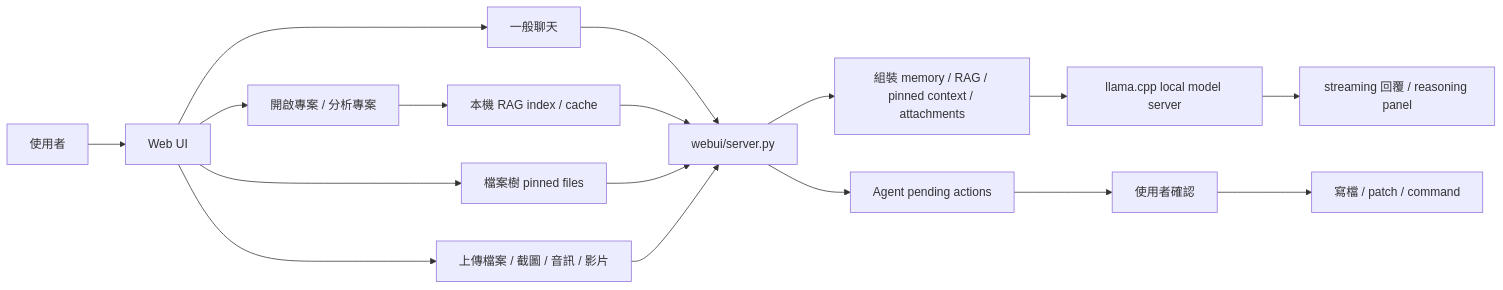
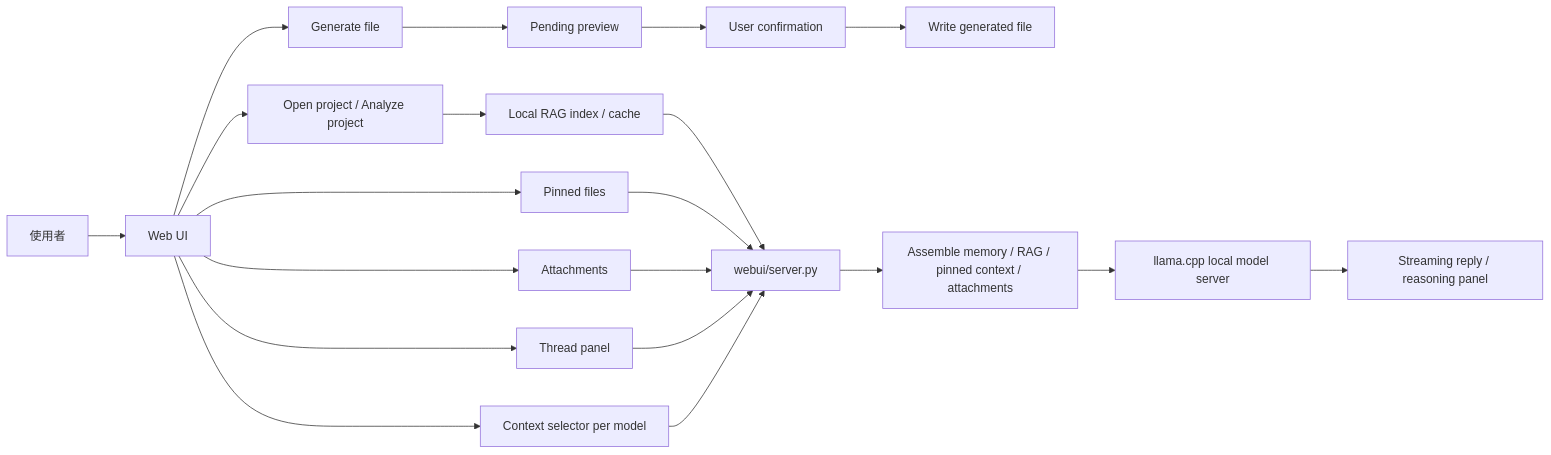
Before and after one commit to Lzxpan/CodeWorker: the diagram in README.md, drawn with Mermaid. The commit also changed other lines of this file and 17 other files, not shown here.

````diff
--- a/README.md
+++ b/README.md
@@ -164,19 +166,22 @@
 ```mermaid
 flowchart LR
     U["使用者"] --> W["Web UI"]
-    W --> G["一般聊天"]
-    W --> O["開啟專案 / 分析專案"]
-    O --> I["本機 RAG index / cache"]
-    W --> P["檔案樹 pinned files"]
-    W --> F["上傳檔案 / 截圖 / 音訊 / 影片"]
-    G --> S["webui/server.py"]
-    I --> S
+    W --> K["Context selector per model"]
+    W --> T["Thread panel"]
+    W --> O["Open project / Analyze project"]
+    O --> I["Local RAG index / cache"]
+    W --> P["Pinned files"]
+    W --> F["Attachments"]
+    W --> G["Generate file"]
+    I --> S["webui/server.py"]
     P --> S
     F --> S
-    S --> C["組裝 memory / RAG / pinned context / attachments"]
+    T --> S
+    K --> S
+    G --> A["Pending preview"]
+    A --> Q["User confirmation"]
+    Q --> D["Write generated file"]
+    S --> C["Assemble memory / RAG / pinned context / attachments"]
     C --> M["llama.cpp local model server"]
-    M --> R["streaming 回覆 / reasoning panel"]
-    S --> A["Agent pending actions"]
-    A --> Q["使用者確認"]
-    Q --> T["寫檔 / patch / command"]
+    M --> R["Streaming reply / reasoning panel"]
 ```
````
